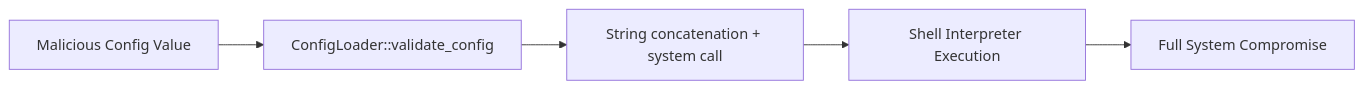
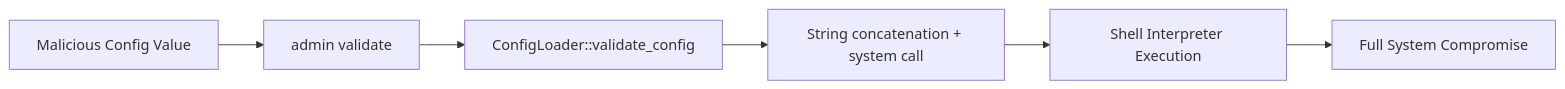
Before and after one commit to DaWasteh/SuperCalc-Sicherheitsbenchmark: the fourth of 20 diagrams in enhanced_exploits.md, drawn with Mermaid. The commit also changed other lines of this file and 31 other files, not shown here.

````diff
--- a/enhanced_exploits.md
+++ b/enhanced_exploits.md
@@ -130,7 +133,8 @@
 ```mermaid
 flowchart LR
-  A[Malicious Config Value] --> B[ConfigLoader::validate_config]
-  B --> C[String concatenation + system call]
-  C --> D[Shell Interpreter Execution]
-  D --> E[Full System Compromise]
+  A[Malicious Config Value] --> B[admin validate]
+  B --> C[ConfigLoader::validate_config]
+  C --> D[String concatenation + system call]
+  D --> E[Shell Interpreter Execution]
+  E --> F[Full System Compromise]
 ```
````
